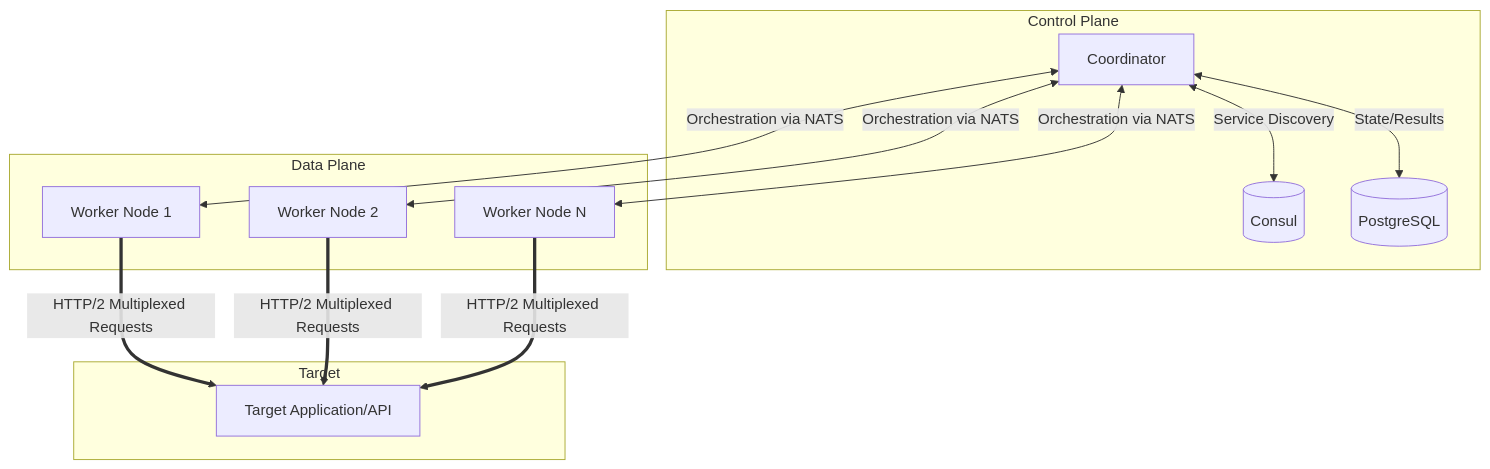
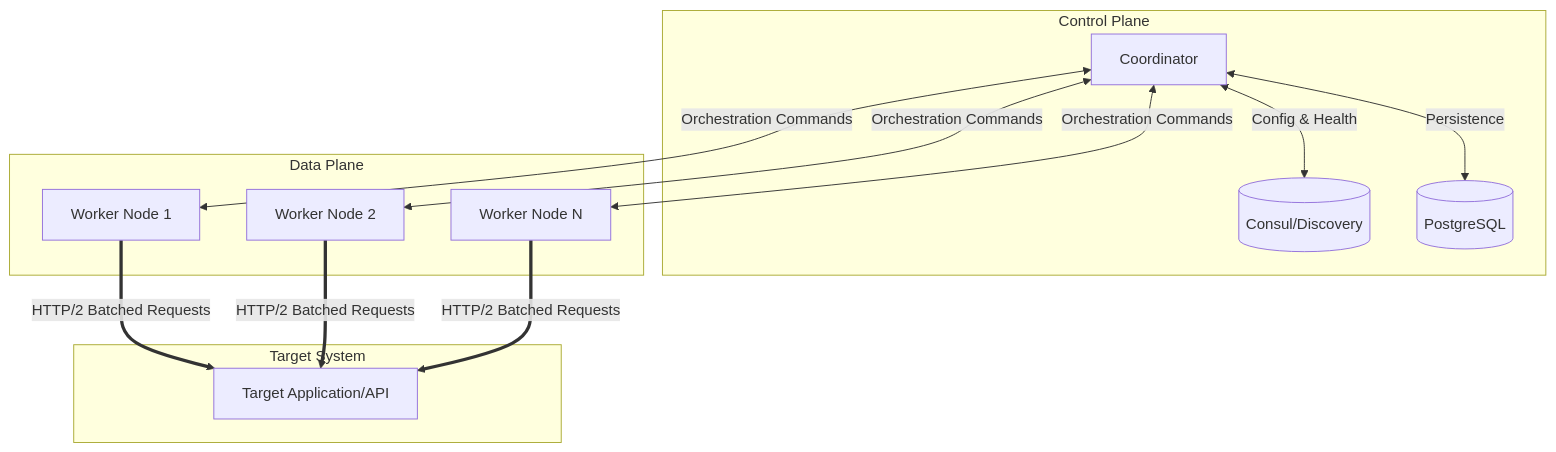
Before and after one commit to AlphaTechini/traffic-simulator: the diagram in README.md, drawn with Mermaid. The commit also changed other lines of this file, not shown here.

First line of the commit message:
docs: upgrade README with architecture and systems trade-offs

````diff
--- a/README.md
+++ b/README.md
@@ -15,29 +40,29 @@
 ```mermaid
 graph TD
     subgraph Control Plane
         C[Coordinator]
-        Consul[(Consul)]
+        Consul[(Consul/Discovery)]
         DB[(PostgreSQL)]
     end
 
     subgraph Data Plane
         W1[Worker Node 1]
         W2[Worker Node 2]
         Wn[Worker Node N]
     end
 
-    subgraph Target
+    subgraph Target System
         API[Target Application/API]
     end
 
-    C <-->|Service Discovery| Consul
-    C <-->|State/Results| DB
+    C <-->|Config & Health| Consul
+    C <-->|Persistence| DB
 
-    C <-->|Orchestration via NATS| W1
-    C <-->|Orchestration via NATS| W2
-    C <-->|Orchestration via NATS| Wn
+    C <-->|Orchestration Commands| W1
+    C <-->|Orchestration Commands| W2
+    C <-->|Orchestration Commands| Wn
 
-    W1 ==>|HTTP/2 Multiplexed Requests| API
-    W2 ==>|HTTP/2 Multiplexed Requests| API
-    Wn ==>|HTTP/2 Multiplexed Requests| API
+    W1 ==>|HTTP/2 Batched Requests| API
+    W2 ==>|HTTP/2 Batched Requests| API
+    Wn ==>|HTTP/2 Batched Requests| API
 ```
````
